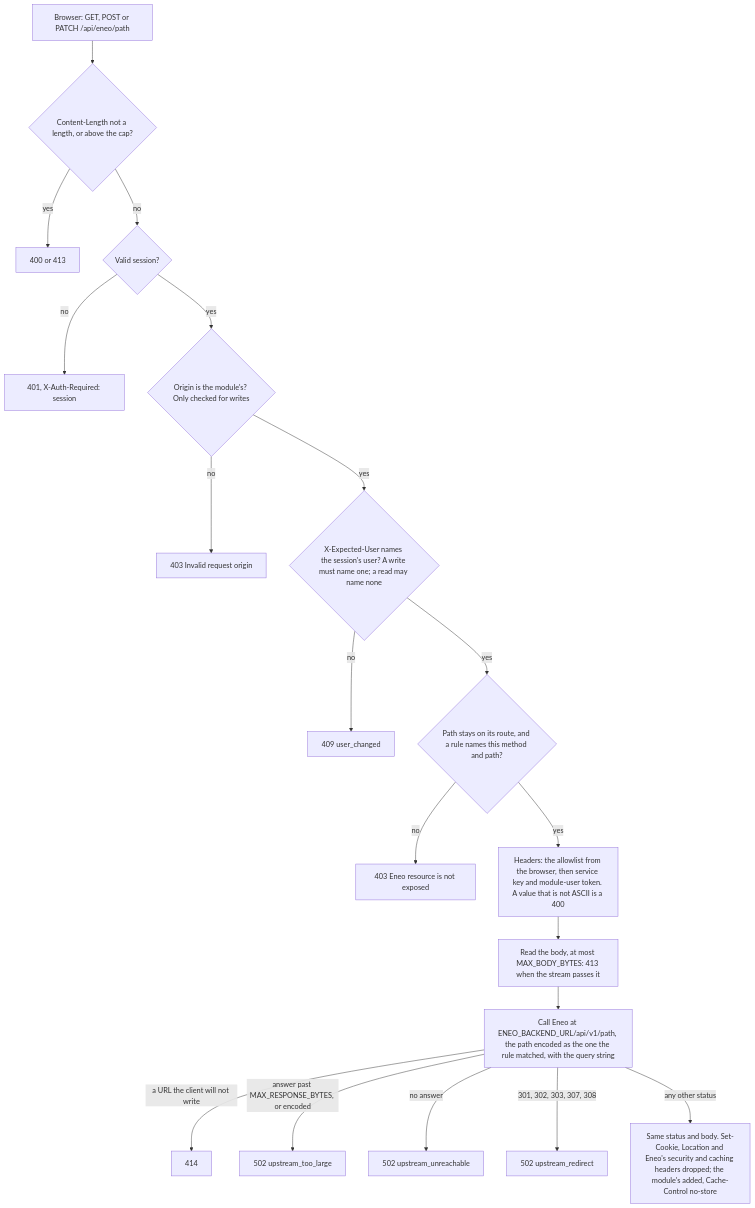
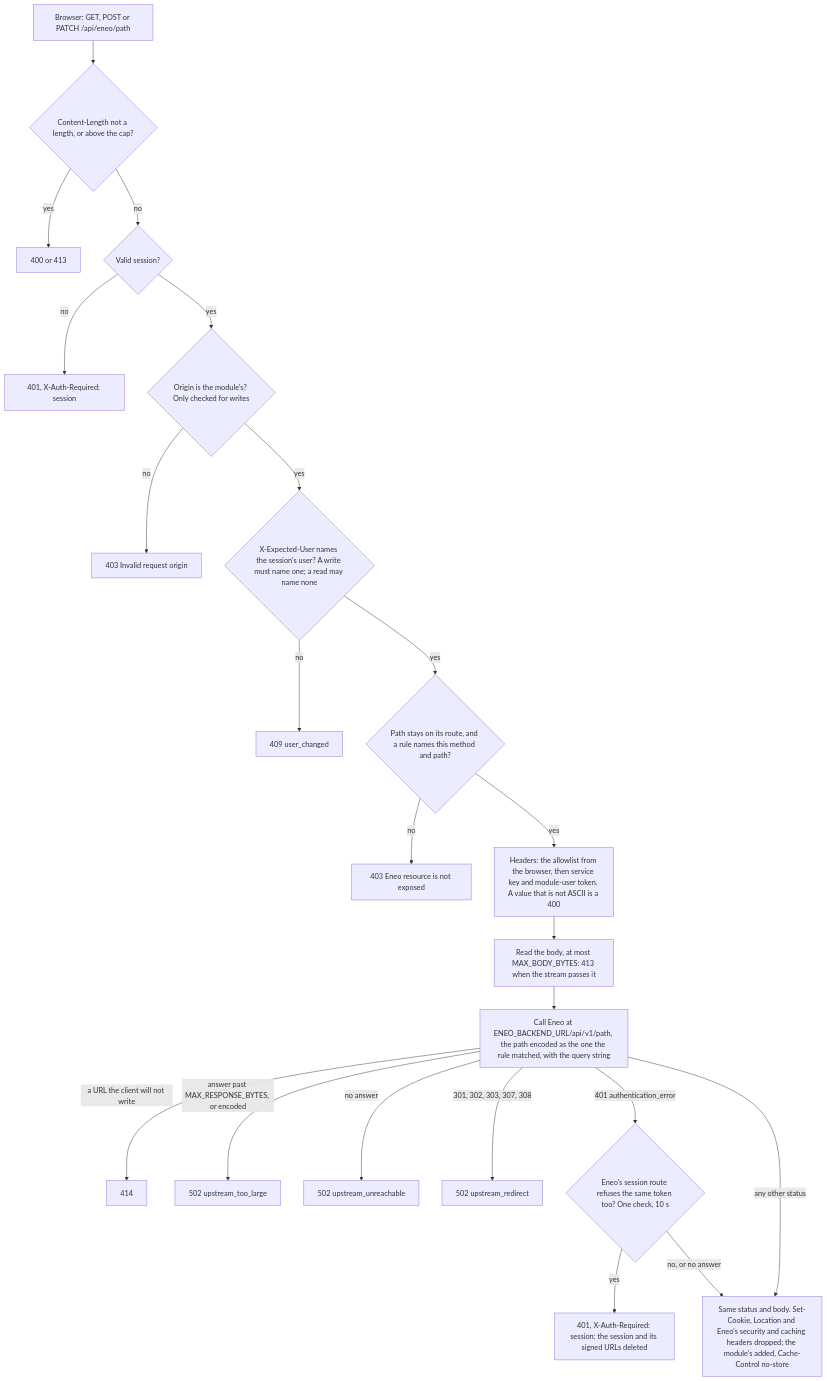
One commit to eneo-ai/eneo-module-kit changed the sixth of 14 diagrams in docs/architecture.md. Above: the diagram before and after it, drawn with Mermaid. The commit also changed other lines of this file and 9 other files, not shown here.

First line of the commit message:
fix(bff): the proxy, a forwarded upload and a signed-URL mint give the session's end

````diff
--- a/docs/architecture.md
+++ b/docs/architecture.md
@@ -163,21 +163,24 @@
 ```mermaid
 flowchart TB
   r["Browser: GET, POST or PATCH /api/eneo/path"] --> l{"Content-Length not a length, or above the cap?"}
   l -->|"yes"| e413["400 or 413"]
   l -->|"no"| s{"Valid session?"}
   s -->|"no"| e401["401, X-Auth-Required: session"]
   s -->|"yes"| o{"Origin is the module's? Only checked for writes"}
   o -->|"no"| e403a["403 Invalid request origin"]
   o -->|"yes"| u{"X-Expected-User names the session's user? A write must name one; a read may name none"}
   u -->|"no"| e409["409 user_changed"]
   u -->|"yes"| a{"Path stays on its route, and a rule names this method and path?"}
   a -->|"no"| e403b["403 Eneo resource is not exposed"]
   a -->|"yes"| h["Headers: the allowlist from the browser, then service key and module-user token. A value that is not ASCII is a 400"]
   h --> b["Read the body, at most MAX_BODY_BYTES: 413 when the stream passes it"]
   b --> up["Call Eneo at ENEO_BACKEND_URL/api/v1/path, the path encoded as the one the rule matched, with the query string"]
   up -->|"a URL the client will not write"| e414["414"]
   up -->|"answer past MAX_RESPONSE_BYTES, or encoded"| e502c["502 upstream_too_large"]
   up -->|"no answer"| e502a["502 upstream_unreachable"]
   up -->|"301, 302, 303, 307, 308"| e502b["502 upstream_redirect"]
+  up -->|"401 authentication_error"| chk{"Eneo's session route refuses the same token too? One check, 10 s"}
+  chk -->|"yes"| e401b["401, X-Auth-Required: session; the session and its signed URLs deleted"]
+  chk -->|"no, or no answer"| resp
   up -->|"any other status"| resp["Same status and body. Set-Cookie, Location and Eneo's security and caching headers dropped; the module's added, Cache-Control no-store"]
 ```
````
